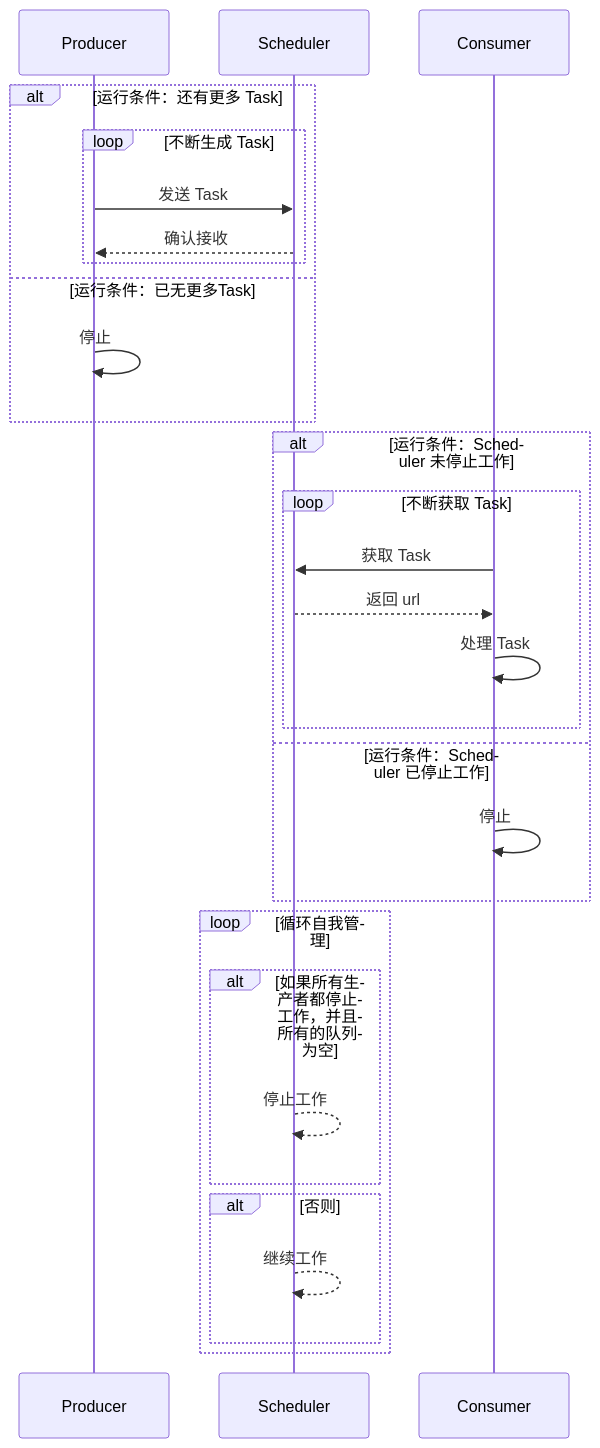
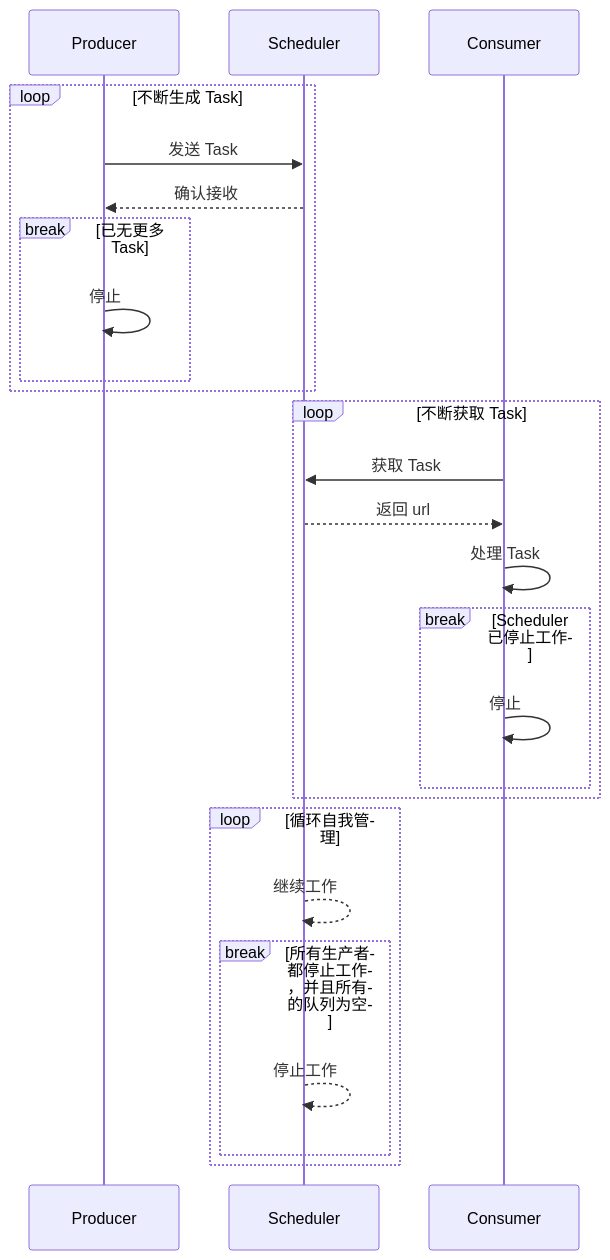
One commit to jiang-taibai/blog-crawler changed the first of 2 diagrams in README.md. Above: the diagram before and after it, drawn with Mermaid.

Commit message:
docs: 完善文档

````diff
--- a/README.md
+++ b/README.md
@@ -20,35 +20,31 @@
 ```mermaid
 sequenceDiagram
     participant Producer as Producer
     participant Scheduler as Scheduler
     participant Consumer as Consumer
 
-    alt 运行条件：还有更多 Task
-        loop 不断生成 Task
-            Producer ->> Scheduler: 发送 Task
-            Scheduler -->> Producer: 确认接收
+    loop 不断生成 Task
+        Producer ->> Scheduler: 发送 Task
+        Scheduler -->> Producer: 确认接收
+        break 已无更多 Task
+            Producer ->> Producer: 停止
         end
-    else 运行条件：已无更多Task
-        Producer ->> Producer: 停止
     end
 
-    alt 运行条件：Scheduler 未停止工作
-        loop 不断获取 Task
-            Consumer ->> Scheduler: 获取 Task
-            Scheduler -->> Consumer: 返回 url
-            Consumer ->> Consumer: 处理 Task
+    loop 不断获取 Task
+        Consumer ->> Scheduler: 获取 Task
+        Scheduler -->> Consumer: 返回 url
+        Consumer ->> Consumer: 处理 Task
+        break Scheduler 已停止工作
+            Consumer ->> Consumer: 停止
         end
-    else 运行条件：Scheduler 已停止工作
-        Consumer ->> Consumer: 停止
     end
 
     loop 循环自我管理
-        alt 如果所有生产者都停止工作，并且所有的队列为空
+        Scheduler -->> Scheduler: 继续工作
+        break 所有生产者都停止工作，并且所有的队列为空
             Scheduler -->> Scheduler: 停止工作
-        end
-        alt 否则
-            Scheduler -->> Scheduler: 继续工作
         end
     end
 
 ```
````
